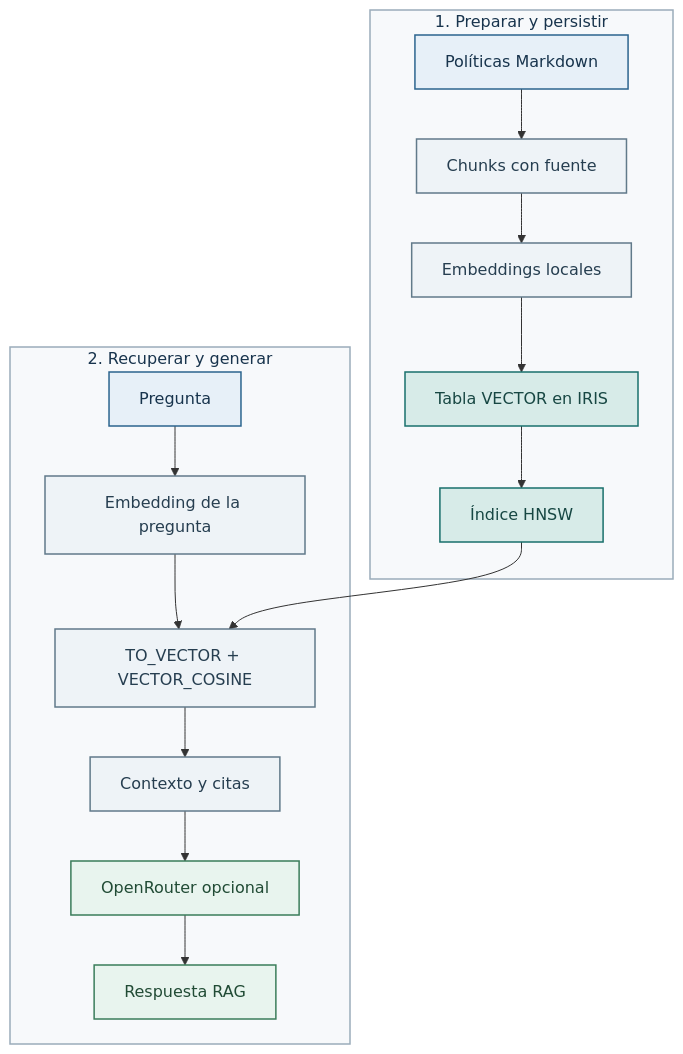
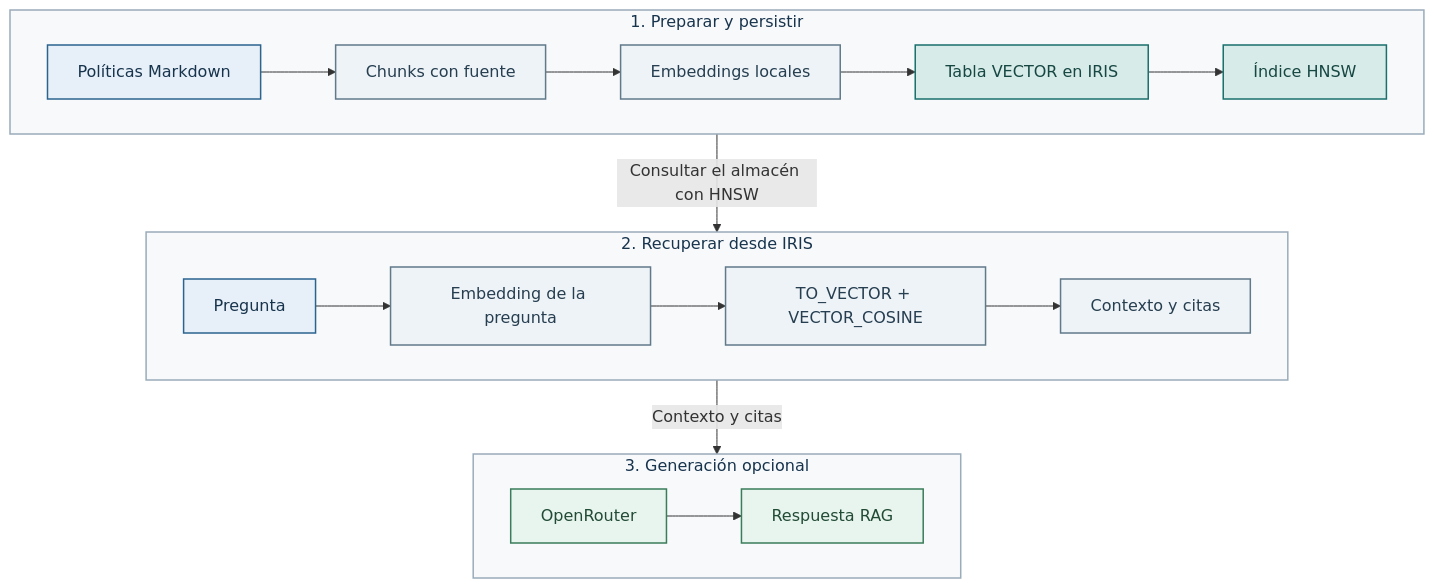
The diagram in labs/02-sql-vector-search/README.md (intersystems-ib/curso-ia-asistentes-iris), drawn with Mermaid before and after one commit. The commit also changed 7 other files, not shown here.

Commit message:
docs: layout diagramas mermaid

````diff
--- a/labs/02-sql-vector-search/README.md
+++ b/labs/02-sql-vector-search/README.md
@@ -19,27 +19,33 @@
 ```mermaid
 flowchart TD
     subgraph Prepare[1. Preparar y persistir]
+        direction LR
         Docs[Políticas Markdown] --> Chunks[Chunks con fuente]
         Chunks --> Embeddings[Embeddings locales]
         Embeddings --> Table[Tabla VECTOR en IRIS]
         Table --> Index[Índice HNSW]
     end
-    subgraph Search[2. Recuperar y generar]
+    subgraph Search[2. Recuperar desde IRIS]
+        direction LR
         Question[Pregunta] --> QueryEmbedding[Embedding de la pregunta]
         QueryEmbedding --> SQL[TO_VECTOR + VECTOR_COSINE]
-        Index --> SQL
         SQL --> Results[Contexto y citas]
-        Results --> LLM[OpenRouter opcional]
-        LLM --> Answer[Respuesta RAG]
     end
+    subgraph RAG[3. Generación opcional]
+        direction LR
+        LLM[OpenRouter] --> Answer[Respuesta RAG]
+    end
+    Prepare -->|Consultar el almacén con HNSW| Search
+    Search -->|Contexto y citas| RAG
     classDef input fill:#E7F0F8,stroke:#2B648E,color:#18344D,stroke-width:1.5px;
     classDef process fill:#EEF3F7,stroke:#617A8A,color:#263E50,stroke-width:1.5px;
     classDef iris fill:#D7EBE8,stroke:#19706C,color:#174743,stroke-width:1.5px;
     classDef generation fill:#E8F4EE,stroke:#3A7D5A,color:#214B35,stroke-width:1.5px;
     class Docs,Question input;
     class Chunks,Embeddings,QueryEmbedding,SQL,Results process;
     class Table,Index iris;
     class LLM,Answer generation;
     style Prepare fill:#F7F9FB,stroke:#9AACBA,color:#18344D,stroke-width:1.5px
     style Search fill:#F7F9FB,stroke:#9AACBA,color:#18344D,stroke-width:1.5px
+    style RAG fill:#F7F9FB,stroke:#9AACBA,color:#18344D,stroke-width:1.5px
 ```
````
